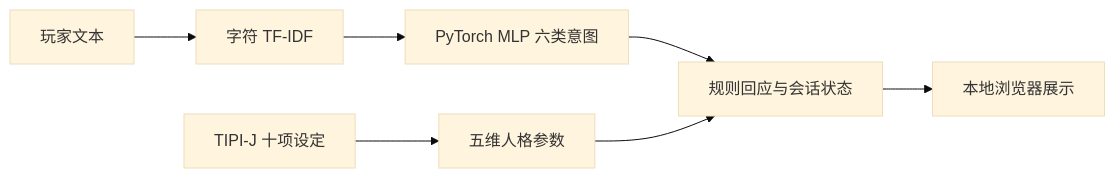
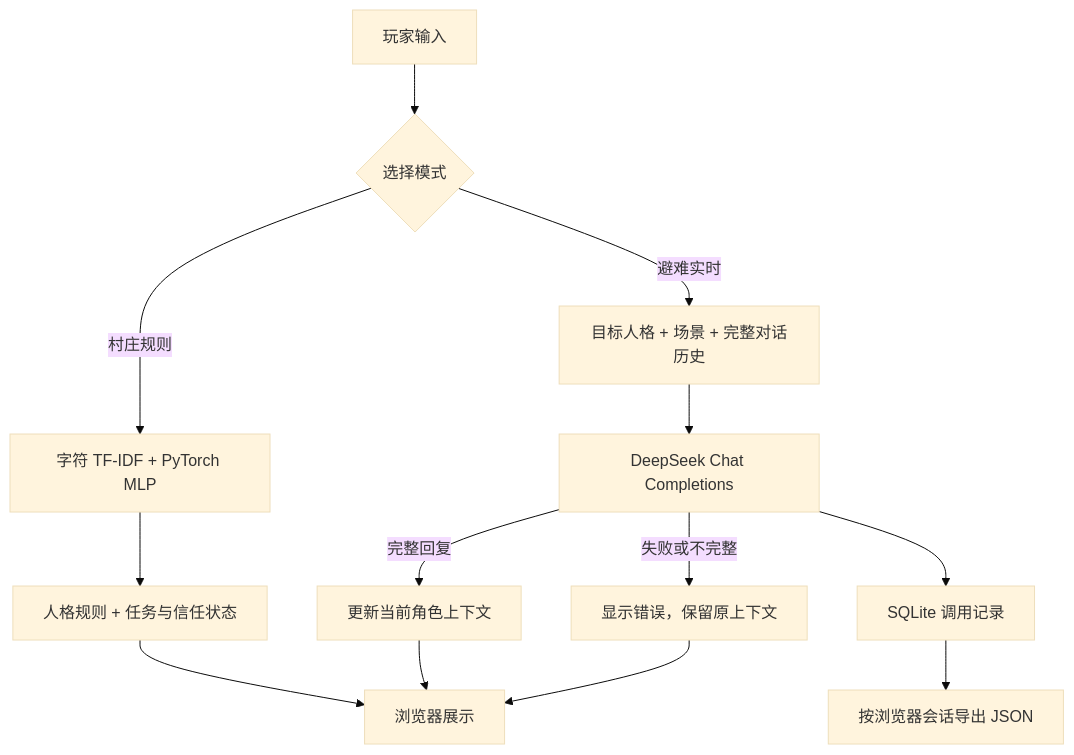
The diagram in README.md (XinzheGao/npc-personality-lab), drawn with Mermaid (base theme) before and after one commit. The commit also changed other lines of this file and 15 other files, not shown here.

````diff
--- a/README.md
+++ b/README.md
@@ -20,9 +101,15 @@
 ```mermaid
-flowchart LR
-    A[玩家文本] --> B[字符 TF-IDF]
-    B --> C[PyTorch MLP 六类意图]
-    D[TIPI-J 十项设定] --> E[五维人格参数]
-    C --> F[规则回应与会话状态]
-    E --> F
-    F --> G[本地浏览器展示]
+flowchart TD
+    U[玩家输入] --> M{选择模式}
+    M -->|村庄规则| T[字符 TF-IDF + PyTorch MLP]
+    T --> R[人格规则 + 任务与信任状态]
+    M -->|避难实时| P[目标人格 + 场景 + 完整对话历史]
+    P --> L[DeepSeek Chat Completions]
+    L --> A[SQLite 调用记录]
+    L -->|完整回复| H[更新当前角色上下文]
+    L -->|失败或不完整| E[显示错误，保留原上下文]
+    R --> W[浏览器展示]
+    H --> W
+    E --> W
+    A --> X[按浏览器会话导出 JSON]
 ```
````
